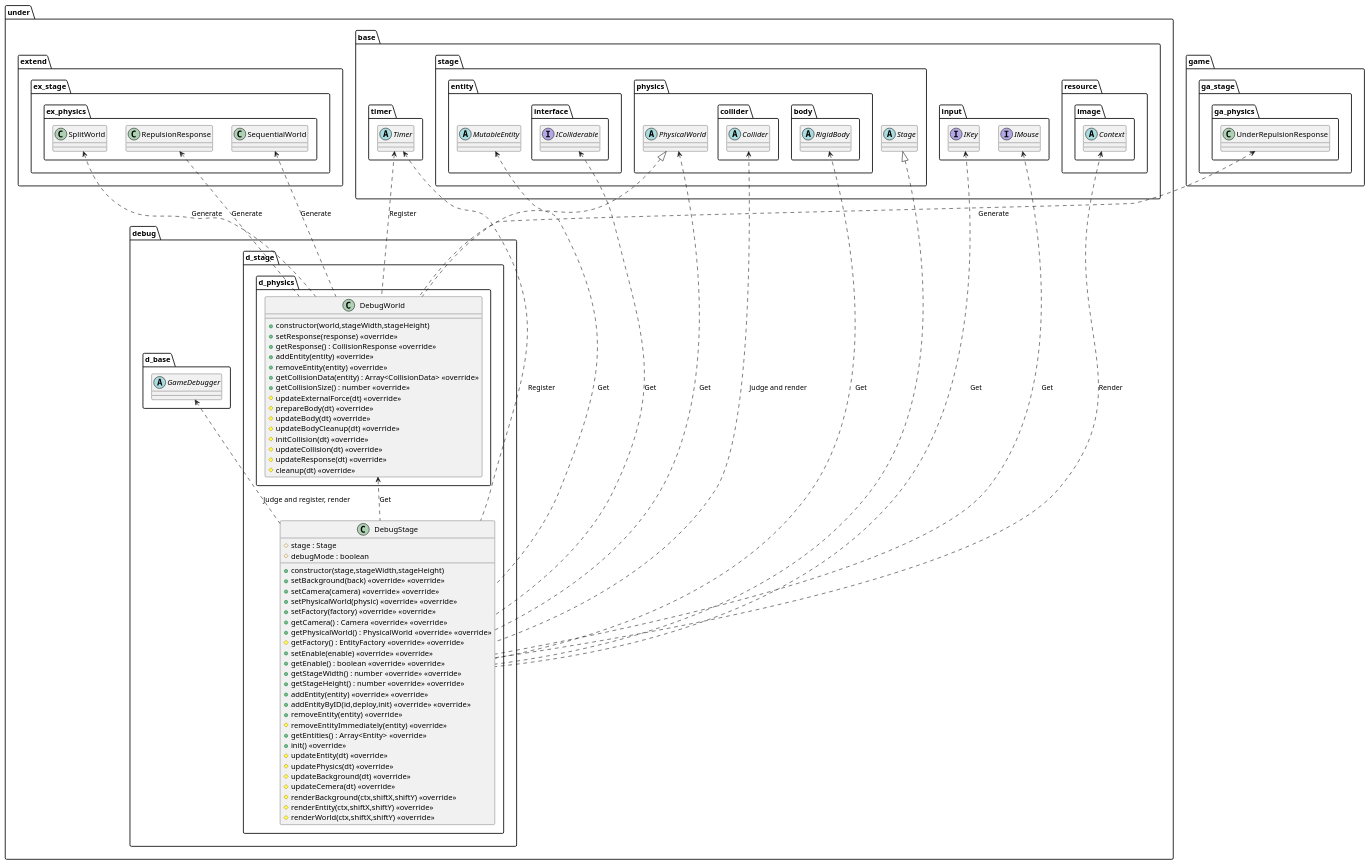
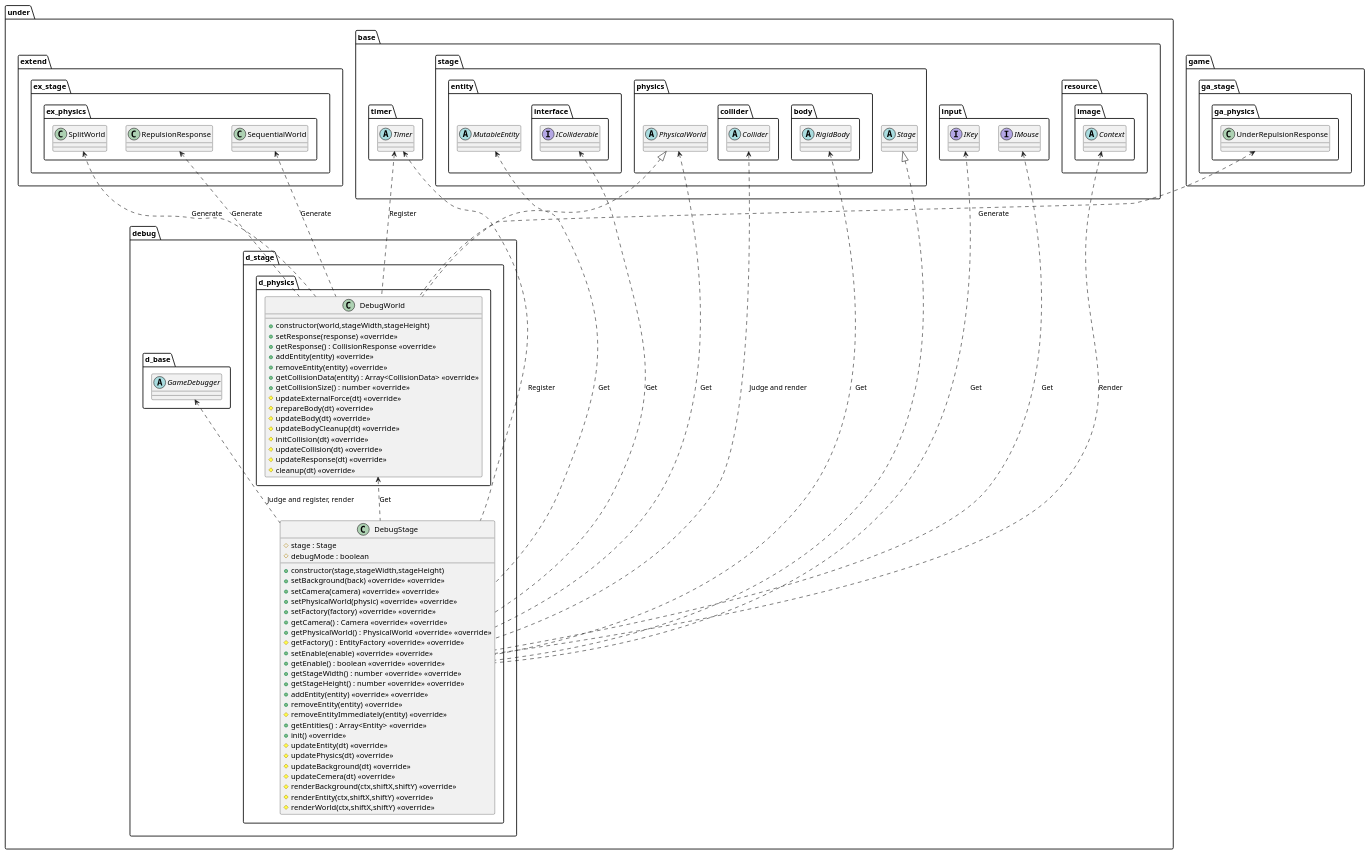
Before and after one commit to Expine/Under: the diagram in uml/debug/Stage.wsd, drawn with PlantUML. The commit also changed 51 other files, not shown here.

```diff
--- a/uml/debug/Stage.wsd
+++ b/uml/debug/Stage.wsd
@@ -1,136 +1,135 @@
 @startuml DebugStage
 
 package under {
     package debug {
         package d_stage {
             class DebugStage {
                 +constructor(stage,stageWidth,stageHeight)
                 #stage : Stage
                 #debugMode : boolean
                 +setBackground(back) <<override>> <<override>>
                 +setCamera(camera) <<override>> <<override>>
                 +setPhysicalWorld(physic) <<override>> <<override>>
                 +setFactory(factory) <<override>> <<override>>
                 +getCamera() : Camera <<override>> <<override>>
                 +getPhysicalWorld() : PhysicalWorld <<override>> <<override>>
                 #getFactory() : EntityFactory <<override>> <<override>>
                 +setEnable(enable) <<override>> <<override>>
                 +getEnable() : boolean <<override>> <<override>>
                 +getStageWidth() : number <<override>> <<override>>
                 +getStageHeight() : number <<override>> <<override>>
                 +addEntity(entity) <<override>> <<override>>
-                +addEntityByID(id,deploy,init) <<override>> <<override>>
                 +removeEntity(entity) <<override>>
                 #removeEntityImmediately(entity) <<override>>
                 +getEntities() : Array<Entity> <<override>>
                 +init() <<override>>
                 #updateEntity(dt) <<override>>
                 #updatePhysics(dt) <<override>>
                 #updateBackground(dt) <<override>>
                 #updateCemera(dt) <<override>>
                 #renderBackground(ctx,shiftX,shiftY) <<override>>
                 #renderEntity(ctx,shiftX,shiftY) <<override>>
                 #renderWorld(ctx,shiftX,shiftY) <<override>>
             }
             package d_physics {
                 class DebugWorld {
                     +constructor(world,stageWidth,stageHeight)
                     +setResponse(response) <<override>>
                     +getResponse() : CollisionResponse <<override>>
                     +addEntity(entity) <<override>>
                     +removeEntity(entity) <<override>>
                     +getCollisionData(entity) : Array<CollisionData> <<override>>
                     +getCollisionSize() : number <<override>>
                     #updateExternalForce(dt) <<override>>
                     #prepareBody(dt) <<override>>
                     #updateBody(dt) <<override>>
                     #updateBodyCleanup(dt) <<override>>
                     #initCollision(dt) <<override>>
                     #updateCollision(dt) <<override>>
                     #updateResponse(dt) <<override>>
                     #cleanup(dt) <<override>>
                 }
             }
         }
     }
 }
 
 package under {
     package base {
         package input  {
             interface IKey
             interface IMouse
         }
         package resource {
             package image {
                 abstract Context
             }
         }
         package stage {
             abstract Stage
             package entity {
                 abstract MutableEntity
                 package interface {
                     interface IColliderable
                 }
             }
             package physics  {
                 abstract PhysicalWorld
                 package collider {
                     abstract Collider
                 }
                 package body {
                     abstract RigidBody
                 }
             }
         }
         package timer {
             abstract Timer
         }
     }
     package debug {
         package d_base {
             abstract GameDebugger
         }
     }
     package extend {
         package ex_stage {
             package ex_physics {
                 class SequentialWorld
                 class SplitWorld
                 class RepulsionResponse
             }
         }
     }
 }
 
 package game {
     package ga_stage{
         package ga_physics {
             class UnderRepulsionResponse
         }
     }
 }
 
 Timer <... DebugStage : Register
 GameDebugger <.. DebugStage : Judge and register, render
 IKey <... DebugStage : Get
 IMouse <... DebugStage : Get
 MutableEntity <... DebugStage : Get
 Collider <... DebugStage : Judge and render
 IColliderable <... DebugStage : Get
 RigidBody <... DebugStage : Get
 Context <... DebugStage : Render
 PhysicalWorld <.. DebugStage : Get
 DebugWorld <.. DebugStage : Get
 
 Timer <.. DebugWorld : Register
 UnderRepulsionResponse <.. DebugWorld : Generate
 RepulsionResponse <.. DebugWorld : Generate
 SequentialWorld <.. DebugWorld : Generate
 SplitWorld <.. DebugWorld : Generate
 
 Stage <|.. DebugStage
 PhysicalWorld <|.. DebugWorld
 
 @enduml
```
